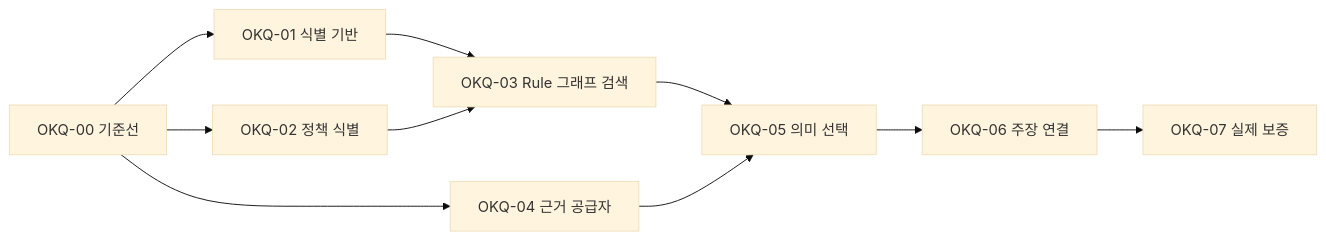
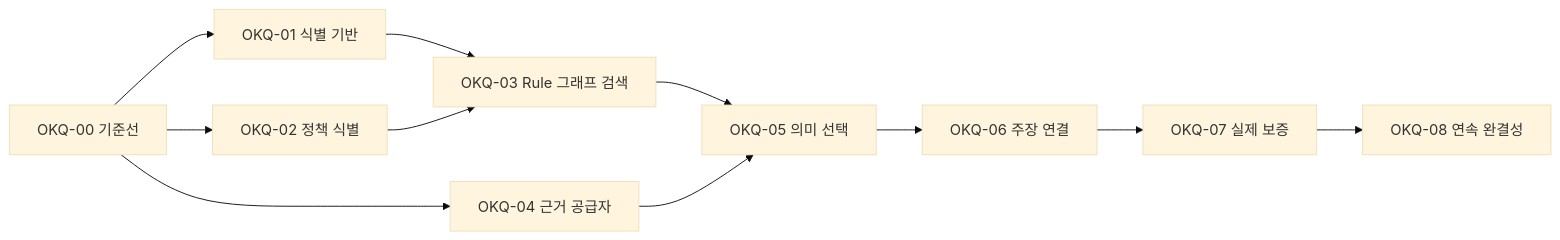
One commit to dotnetpower/fdai changed the fifth of 5 diagrams in operational-knowledge-query-hardening-plan-ko.md. Above: the diagram before and after it, drawn with Mermaid (base theme). The commit also changed other lines of this file and 1 other file, not shown here.

````diff
--- a/operational-knowledge-query-hardening-plan-ko.md
+++ b/operational-knowledge-query-hardening-plan-ko.md
@@ -344,12 +593,13 @@
 ```mermaid
 flowchart LR
     B[OKQ-00 기준선] --> I[OKQ-01 식별 기반]
     B --> P[OKQ-02 정책 식별]
     I --> R[OKQ-03 Rule 그래프 검색]
     P --> R
     B --> E[OKQ-04 근거 공급자]
     R --> S[OKQ-05 의미 선택]
     E --> S
     S --> C[OKQ-06 주장 연결]
     C --> V[OKQ-07 실제 보증]
+    V --> A[OKQ-08 연속 완결성]
 ```
````
